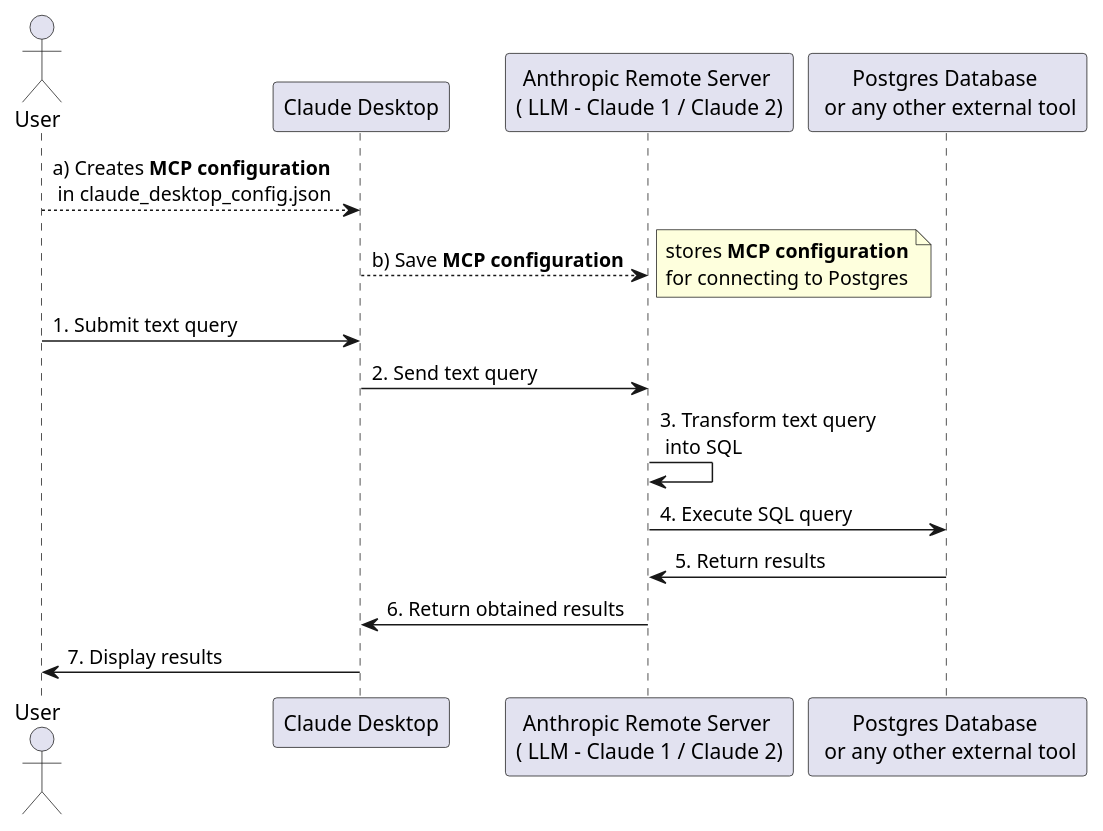
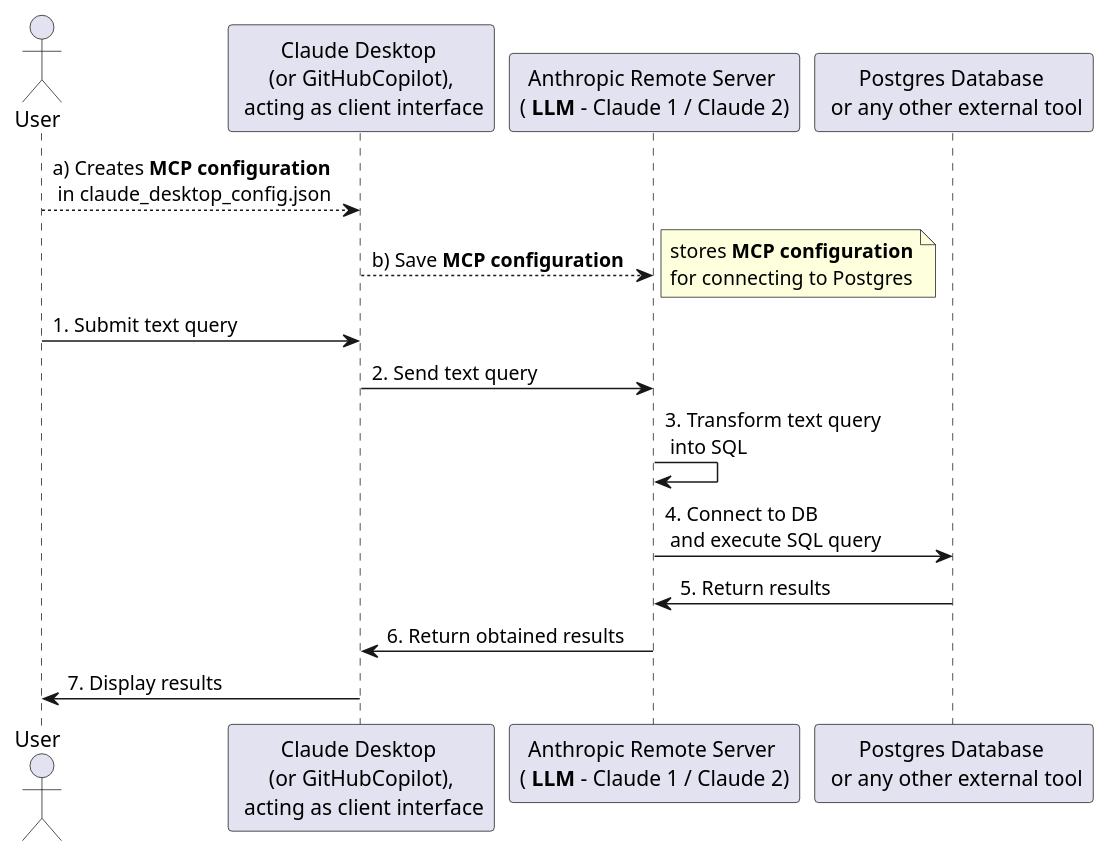
The diagram in doc/Claude Deskt MCP with Postgres.puml (aburach-ep/ai-usage-samples), drawn with PlantUML before and after one commit.

Commit message:
added Claude Deskt MCP with Postgres.puml

```diff
--- a/doc/Claude Deskt MCP with Postgres.puml
+++ b/doc/Claude Deskt MCP with Postgres.puml
@@ -1,24 +1,24 @@
 @startuml
 
 'autonumber
 
 actor User as Usr
-participant "Claude Desktop" as CD
-participant "Anthropic Remote Server \n( LLM - Claude 1 / Claude 2)" as AnthropicServer
+participant "Claude Desktop \n (or GitHubCopilot), \n acting as client interface" as CD
+participant "Anthropic Remote Server \n( <b>LLM</b> - Claude 1 / Claude 2)" as AnthropicServer
 participant "Postgres Database \n or any other external tool" as DB
 
 Usr --> CD: a) Creates <b>MCP configuration</b> \n in claude_desktop_config.json
 CD --> AnthropicServer: b) Save <b>MCP configuration</b>
 note right
 stores <b>MCP configuration</b>
 for connecting to Postgres
 end note
 Usr -> CD: 1. Submit text query
 CD -> AnthropicServer: 2. Send text query
 AnthropicServer -> AnthropicServer: 3. Transform text query \n into SQL
-AnthropicServer -> DB: 4. Execute SQL query
+AnthropicServer -> DB: 4. Connect to DB \n and execute SQL query
 DB -> AnthropicServer: 5. Return results
 AnthropicServer -> CD: 6. Return obtained results
 CD -> Usr: 7. Display results
 
 @enduml
```
